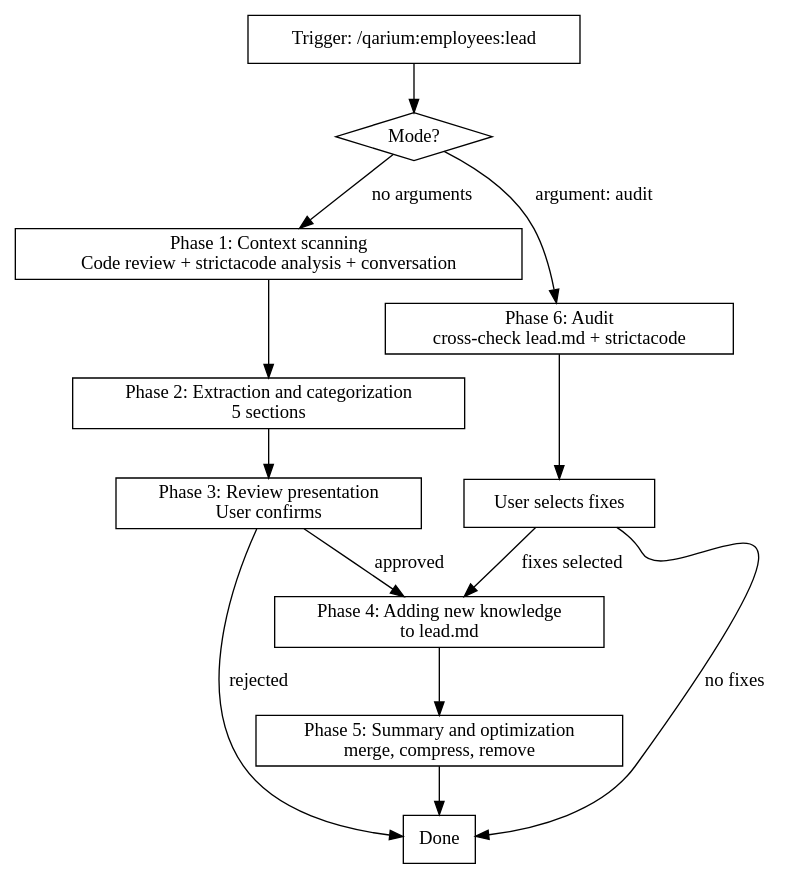
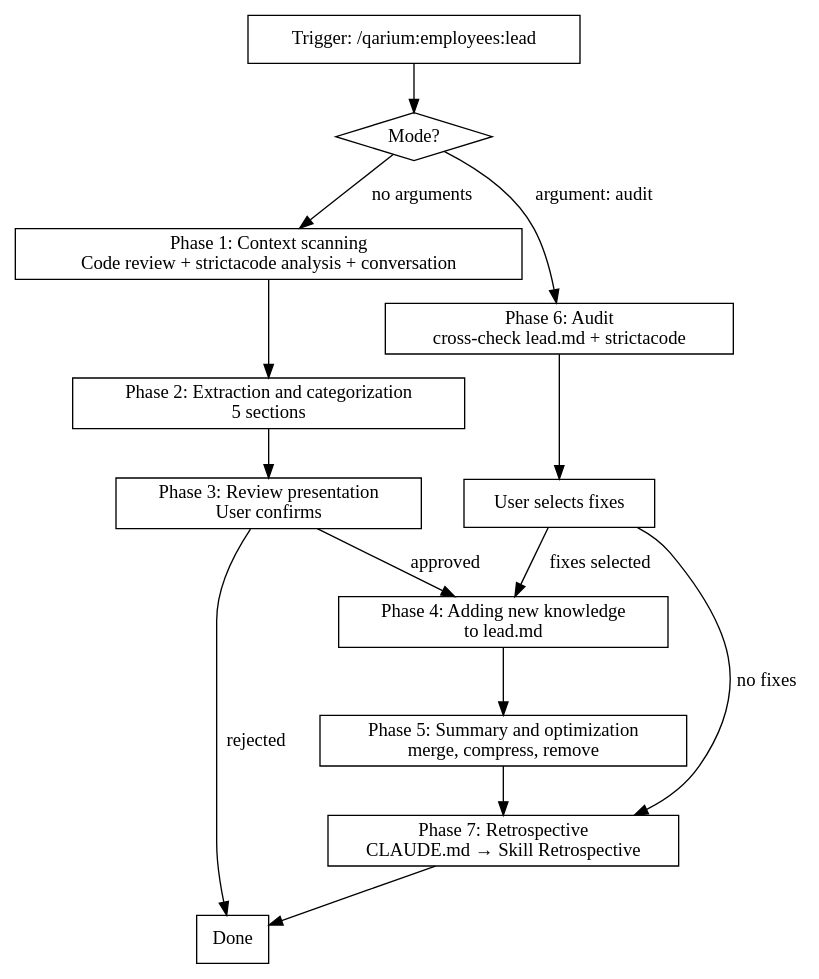
The diagram in skills/employees-lead-feature/SKILL.md (qarium/ai-python), drawn with Graphviz before and after one commit. The commit also changed other lines of this file and 8 other files, not shown here.

````diff
--- a/skills/employees-lead-feature/SKILL.md
+++ b/skills/employees-lead-feature/SKILL.md
@@ -30,28 +30,30 @@
 ```dot
 digraph flow {
     rankdir=TB;
     mode [label="Mode?" shape=diamond];
     start [label="Trigger: /qarium:employees:lead" shape=box];
     scan [label="Phase 1: Context scanning\nCode review + strictacode analysis + conversation" shape=box];
     extract [label="Phase 2: Extraction and categorization\n5 sections" shape=box];
     present [label="Phase 3: Review presentation\nUser confirms" shape=box];
     add [label="Phase 4: Adding new knowledge\nto lead.md" shape=box];
     summarize [label="Phase 5: Summary and optimization\nmerge, compress, remove" shape=box];
     audit [label="Phase 6: Audit\ncross-check lead.md + strictacode" shape=box];
     audit_fix [label="User selects fixes" shape=box];
+    retro [label="Phase 7: Retrospective\nCLAUDE.md → Skill Retrospective" shape=box];
     done [label="Done" shape=box];
 
     start -> mode;
     mode -> scan [label="no arguments"];
     mode -> audit [label="argument: audit"];
     scan -> extract;
     extract -> present;
     present -> add [label="approved"];
     present -> done [label="rejected"];
     add -> summarize;
-    summarize -> done;
+    summarize -> retro;
     audit -> audit_fix;
     audit_fix -> add [label="fixes selected"];
-    audit_fix -> done [label="no fixes"];
+    audit_fix -> retro [label="no fixes"];
+    retro -> done;
 }
 ```
````
